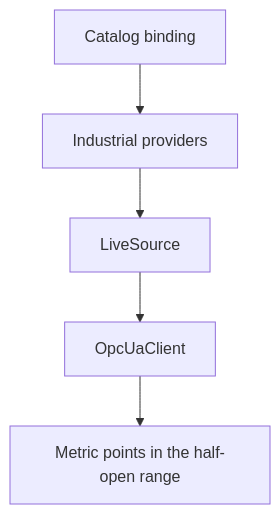
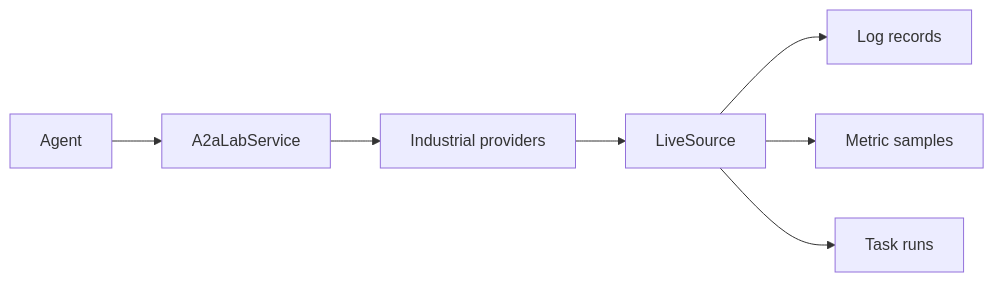
The diagram in backlog/docs/reference/opc-ua/doc-7 - OPC-UA.md (A3Analytics/a2a-lab-dev-kit-rs), drawn with Mermaid before and after one commit. The commit also changed other lines of this file and 2 other files, not shown here.

Commit message:
Revise documentation for AAS, OPC UA, and ROS 2 to enhance clarity and consistency
This commit updates the documentation for the Asset Administration Shell (AAS), Open Platform Communications Unified Architecture (OPC UA), and Robot Operating System 2 (ROS 2) to improve clarity and coherence. Changes include refining descriptions, updating diagrams to better illustrate the relationships between components, and ensuring consistent terminology throughout. These enhancements aim to provide a clearer understanding of how each system interacts within the A2A-LAB devkit architecture.

````diff
--- a/backlog/docs/reference/opc-ua/doc-7 - OPC-UA.md
+++ b/backlog/docs/reference/opc-ua/doc-7 - OPC-UA.md
@@ -19,9 +17,11 @@
 ```mermaid
-flowchart TD
-  accTitle: OPC UA live readings
-  accDescr: A catalog binding reaches the industrial providers. Those providers call LiveSource. OpcUaClient implements LiveSource and returns metric points. That connection is upcoming.
-  binding["Catalog binding"] --> providers["Industrial providers"]
+flowchart LR
+  accTitle: OPC UA fulfills primitive values
+  accDescr: An agent calls A2aLabService. A2aLabService calls industrial providers. Those providers read LiveSource. LiveSource returns log records, metric samples, and task runs for the bound OPC UA node.
+  agent["Agent"] --> service["A2aLabService"]
+  service --> providers["Industrial providers"]
   providers --> live["LiveSource"]
-  live --> client["OpcUaClient"]
-  client --> points["Metric points in the half-open range"]
+  live --> logs["Log records"]
+  live --> metrics["Metric samples"]
+  live --> tasks["Task runs"]
 ```
````
